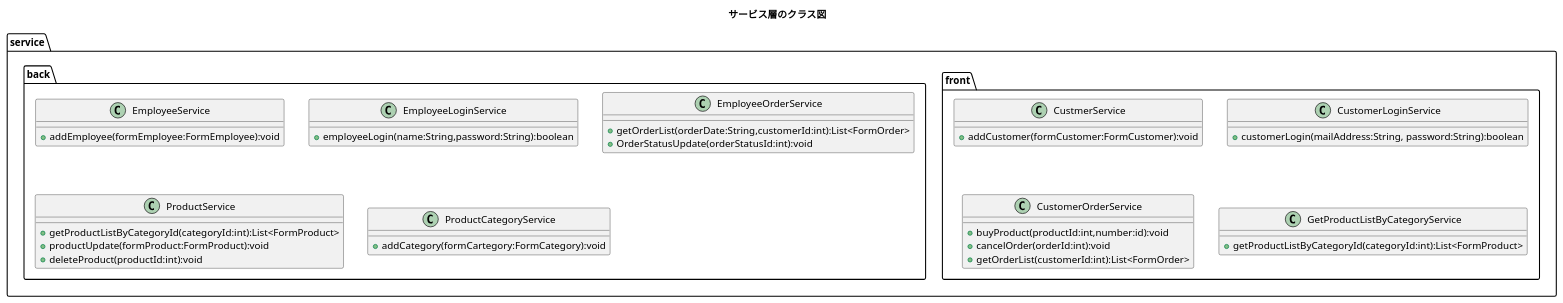
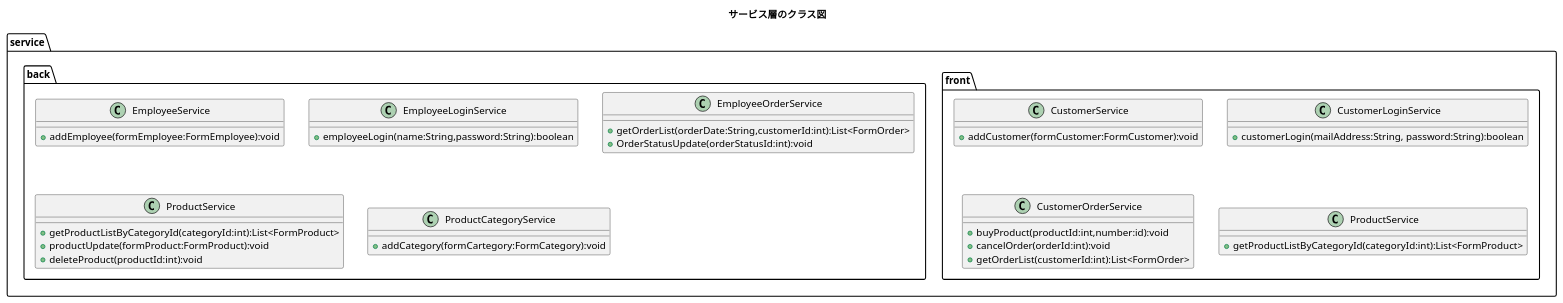
One commit to kanavii3333/ec-b changed the diagram in plan/uml/class/service.plantuml. Above: the diagram before and after it, drawn with PlantUML. The commit also changed 5 other files, not shown here.

Commit message:
全体クラス図　その他修正

```diff
--- a/plan/uml/class/service.plantuml
+++ b/plan/uml/class/service.plantuml
@@ -1,51 +1,51 @@
 @startuml
 title サービス層のクラス図
 package service{
 	package front{
-		class CustmerService{
+		class CustomerService{
 			+ addCustomer(formCustomer:FormCustomer):void
 		}
 		
 		class CustomerLoginService{
 			+ customerLogin(mailAddress:String, password:String):boolean
 		}
 		
 		class CustomerOrderService{
 			+ buyProduct(productId:int,number:id):void
 			+ cancelOrder(orderId:int):void
 			+ getOrderList(customerId:int):List<FormOrder>
 		}
 		
-		class GetProductListByCategoryService{
+		class ProductService{
 			+ getProductListByCategoryId(categoryId:int):List<FormProduct>
 		}
 	}
 	
 	package back{
 		class EmployeeService{
 			+ addEmployee(formEmployee:FormEmployee):void
 		}
 		
 		class EmployeeLoginService{
 			+ employeeLogin(name:String,password:String):boolean
 		}
 		
 		class EmployeeOrderService{
 			+ getOrderList(orderDate:String,customerId:int):List<FormOrder>
 			+ OrderStatusUpdate(orderStatusId:int):void
 		}
 		
 		class ProductService{
 			+ getProductListByCategoryId(categoryId:int):List<FormProduct>
 			+ productUpdate(formProduct:FormProduct):void
 			+ deleteProduct(productId:int):void
 		}
 		
 		class ProductCategoryService{
 			+ addCategory(formCartegory:FormCategory):void
 		}
 	}
 	
 	
 }
 @enduml
```
